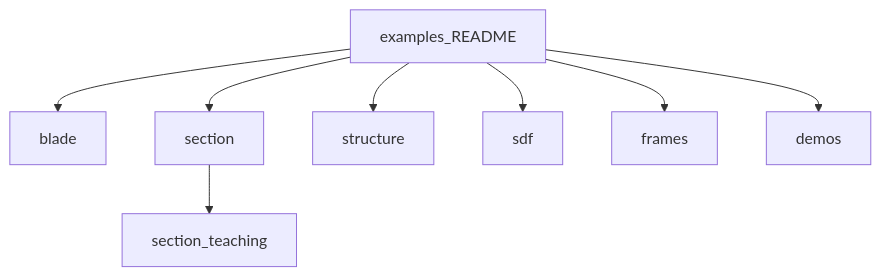
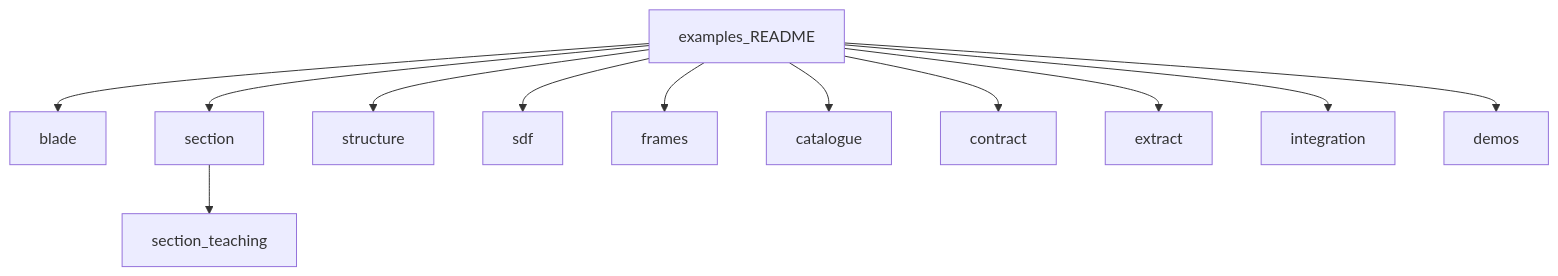
The diagram in examples/README.md (samhughes-fea/implicit-geometry-kernel), drawn with Mermaid before and after one commit. The commit also changed other lines of this file and 13 other files, not shown here.

````diff
--- a/examples/README.md
+++ b/examples/README.md
@@ -10,18 +10,26 @@
 ```mermaid
 flowchart TB
   Index[examples_README]
   Blade[blade]
   Section[section]
   Structure[structure]
   Sdf[sdf]
   Frames[frames]
+  Catalogue[catalogue]
+  Contract[contract]
+  Extract[extract]
+  Integration[integration]
   Demos[demos]
   Teaching[section_teaching]
   Index --> Blade
   Index --> Section
   Index --> Structure
   Index --> Sdf
   Index --> Frames
+  Index --> Catalogue
+  Index --> Contract
+  Index --> Extract
+  Index --> Integration
   Index --> Demos
   Section --> Teaching
 ```
````
